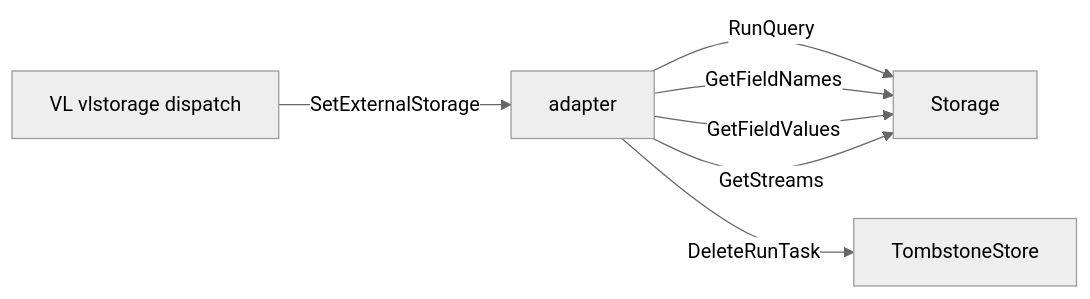
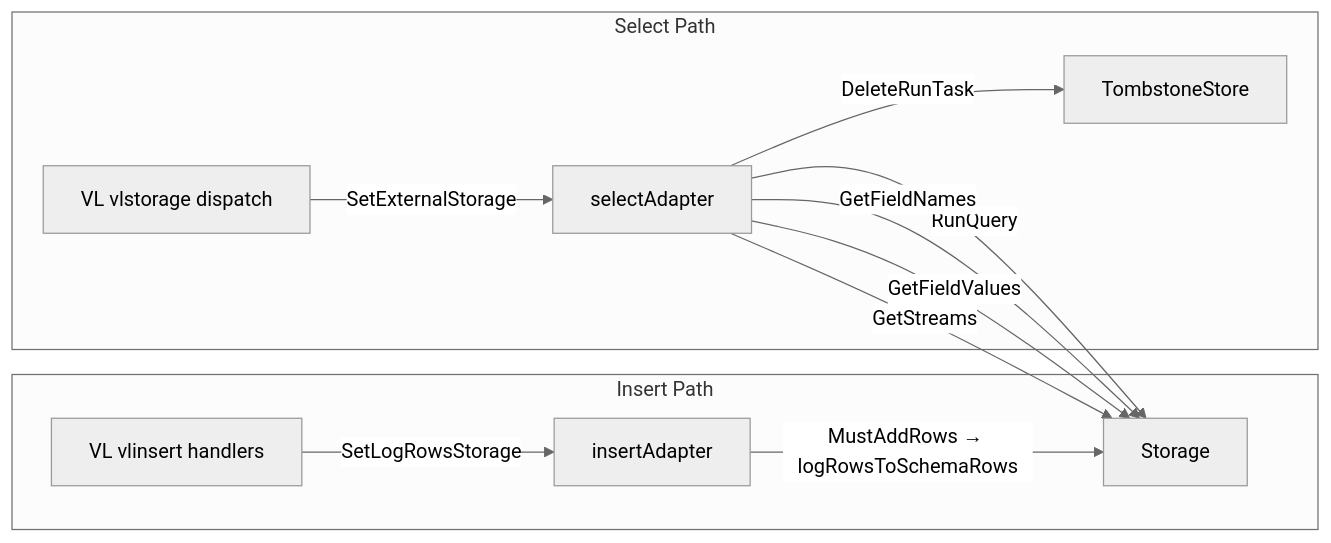
One commit to ReliablyObserve/victoria-lakehouse changed the eighth of 17 diagrams in docs/storage-flow.md. Above: the diagram before and after it, drawn with Mermaid (neutral theme). The commit also changed other lines of this file and 86 other files, not shown here.

````diff
--- a/docs/storage-flow.md
+++ b/docs/storage-flow.md
@@ -243,9 +264,15 @@
 ```mermaid
 graph LR
-    VL[VL vlstorage dispatch] -->|SetExternalStorage| AD[adapter]
-    AD -->|RunQuery| STOR[Storage]
-    AD -->|GetFieldNames| STOR
-    AD -->|GetFieldValues| STOR
-    AD -->|GetStreams| STOR
-    AD -->|DeleteRunTask| TS[TombstoneStore]
+    subgraph "Insert Path"
+        VLI["VL vlinsert handlers"] -->|"SetLogRowsStorage"| IA["insertAdapter"]
+        IA -->|"MustAddRows → logRowsToSchemaRows"| STOR[Storage]
+    end
+    subgraph "Select Path"
+        VLS[VL vlstorage dispatch] -->|SetExternalStorage| SA[selectAdapter]
+        SA -->|RunQuery| STOR
+        SA -->|GetFieldNames| STOR
+        SA -->|GetFieldValues| STOR
+        SA -->|GetStreams| STOR
+        SA -->|DeleteRunTask| TS[TombstoneStore]
+    end
 ```
````
